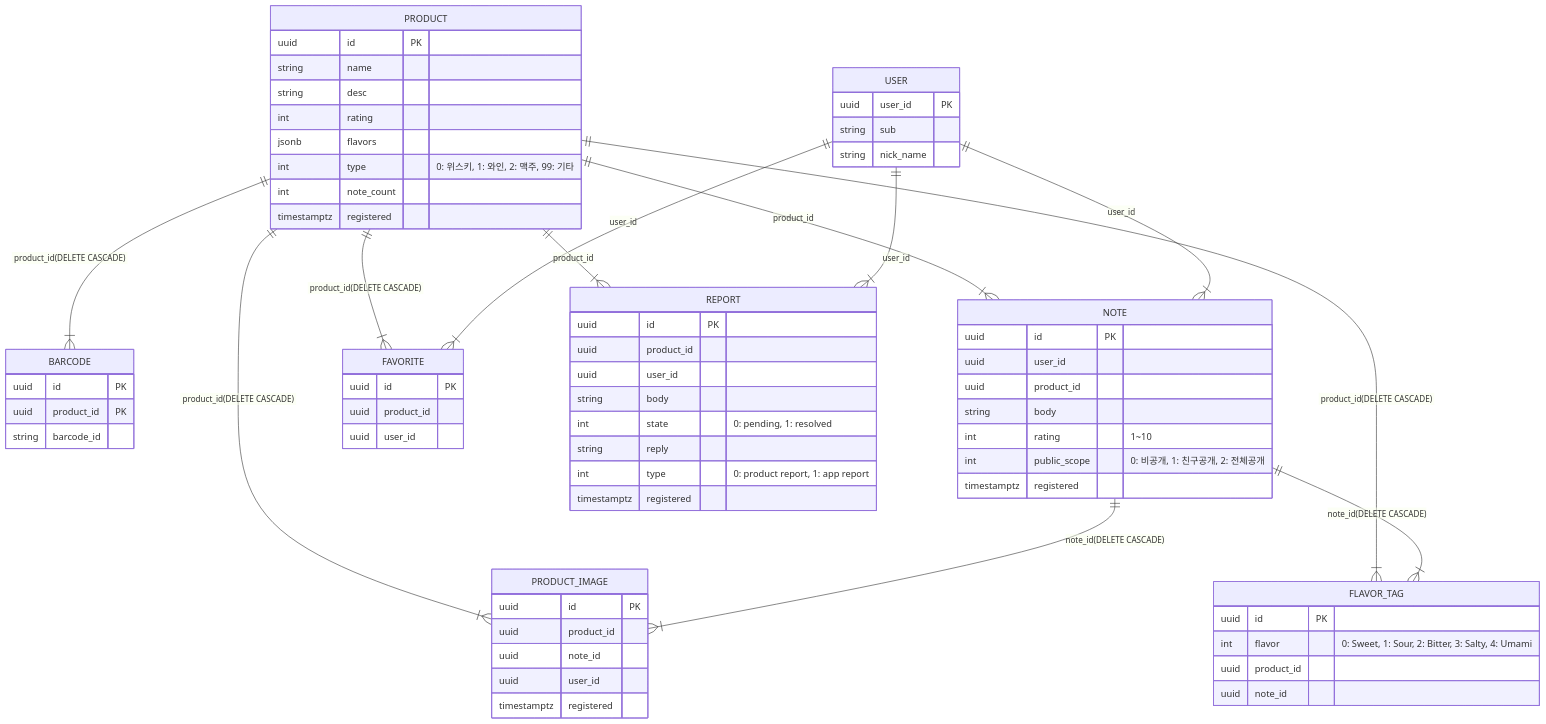
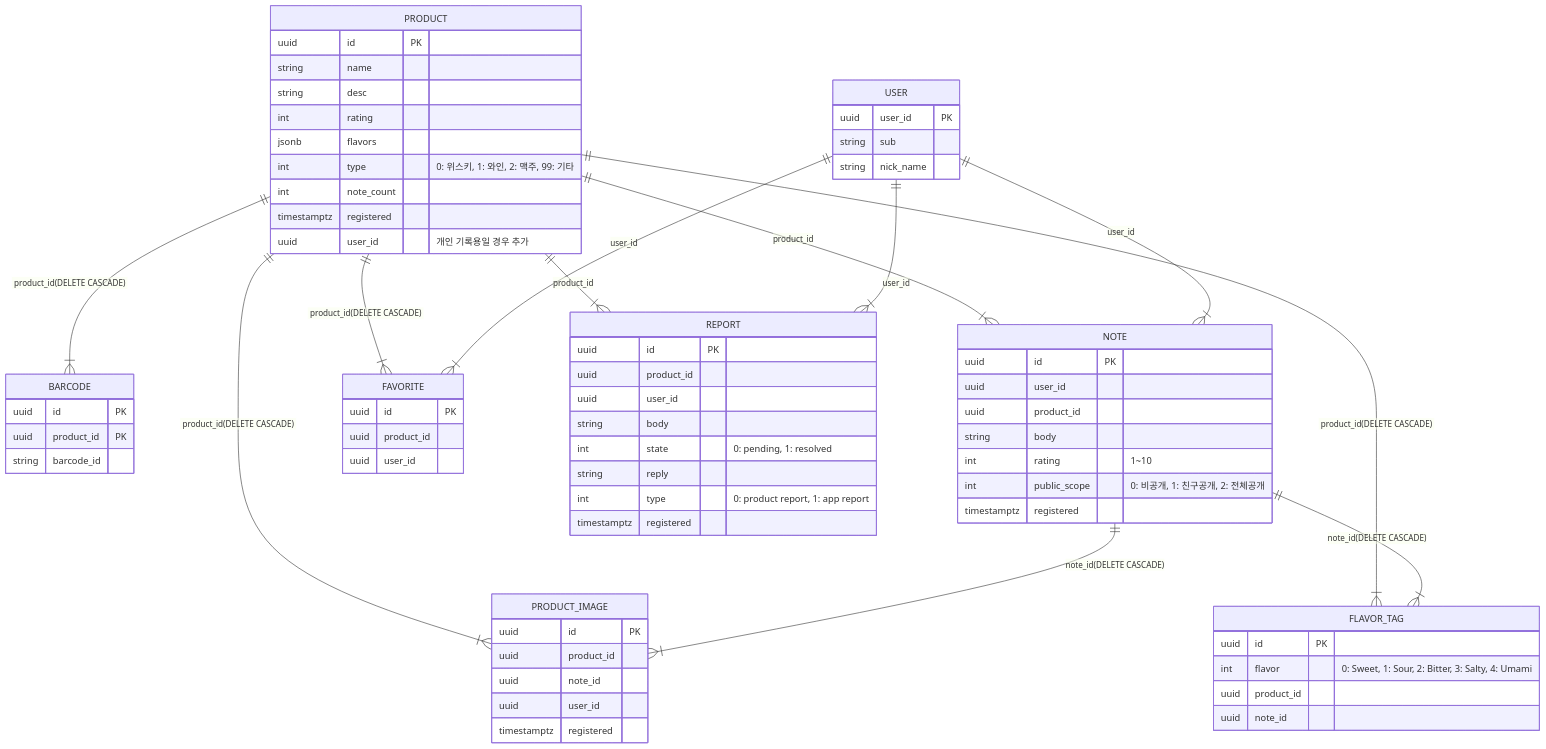
Before and after one commit to haze5959/myMassCode: the diagram in BTN/2. ERD.md, drawn with Mermaid. The commit also changed 5 other files, not shown here.

````diff
--- a/BTN/2. ERD.md
+++ b/BTN/2. ERD.md
@@ -1,81 +1,82 @@
 ```mermaid
 erDiagram
     PRODUCT ||--|{ BARCODE : "product_id(DELETE CASCADE)"
     PRODUCT ||--|{ NOTE : product_id
     PRODUCT ||--|{ FAVORITE : "product_id(DELETE CASCADE)"
     PRODUCT ||--|{ PRODUCT_IMAGE : "product_id(DELETE CASCADE)"
 	PRODUCT ||--|{ FLAVOR_TAG : "product_id(DELETE CASCADE)"
 	PRODUCT ||--|{ REPORT : product_id
     
     USER ||--|{ FAVORITE : user_id
     USER ||--|{ NOTE : user_id
     USER ||--|{ REPORT : user_id
     
     NOTE ||--|{ PRODUCT_IMAGE : "note_id(DELETE CASCADE)"
     NOTE ||--|{ FLAVOR_TAG : "note_id(DELETE CASCADE)"
 
     PRODUCT {
         uuid id PK
         string name
 		string desc
         int rating 
         jsonb flavors
         int type "0: 위스키, 1: 와인, 2: 맥주, 99: 기타"
         int note_count
         timestamptz registered
+        uuid user_id "개인 기록용일 경우 추가"
     }
     
     BARCODE {
         uuid id PK
         uuid product_id PK
         string barcode_id
     }
     
     NOTE {
         uuid id PK
         uuid user_id
 		uuid product_id
         string body
         int rating "1~10"
         int public_scope "0: 비공개, 1: 친구공개, 2: 전체공개"
         timestamptz registered
     }
     
     USER {
 		uuid user_id PK
         string sub
 		string nick_name
     }
 
     FAVORITE {
 		uuid id PK
 		uuid product_id
 		uuid user_id
     }
     
     PRODUCT_IMAGE {
 		uuid id PK
         uuid product_id
         uuid note_id
         uuid user_id
         timestamptz registered
     }
     
     FLAVOR_TAG {
 		uuid id PK
 		int flavor "0: Sweet, 1: Sour, 2: Bitter, 3: Salty, 4: Umami"
 		uuid product_id
 		uuid note_id
     }
     
     REPORT {
 		uuid id PK
 		uuid product_id
 		uuid user_id
 		string body
 		int state "0: pending, 1: resolved"
 		string reply
 		int type "0: product report, 1: app report"
 		timestamptz registered
     }
 ```
````
